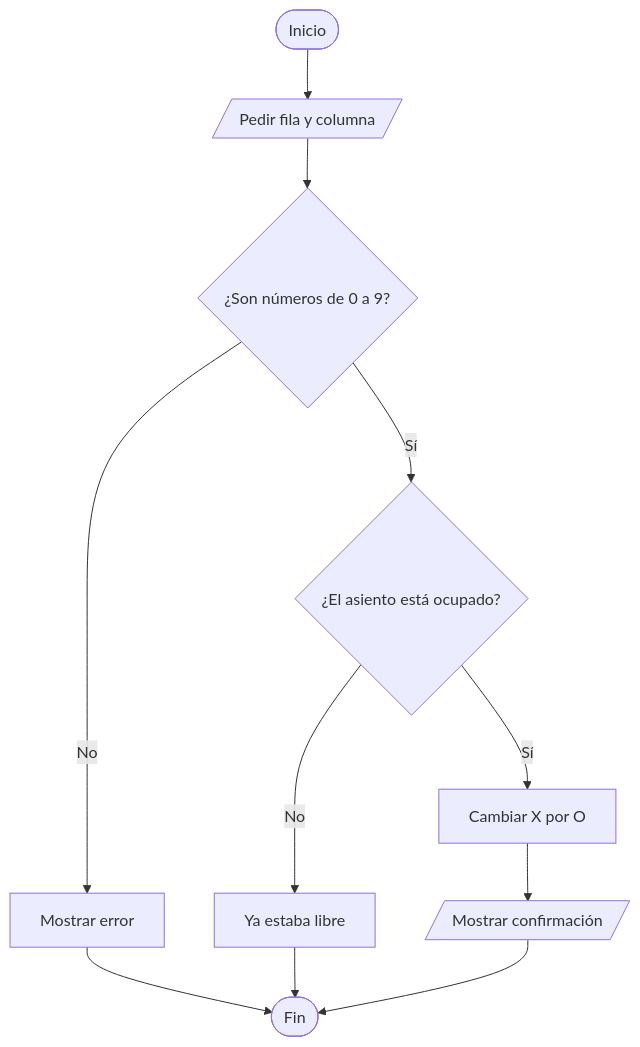
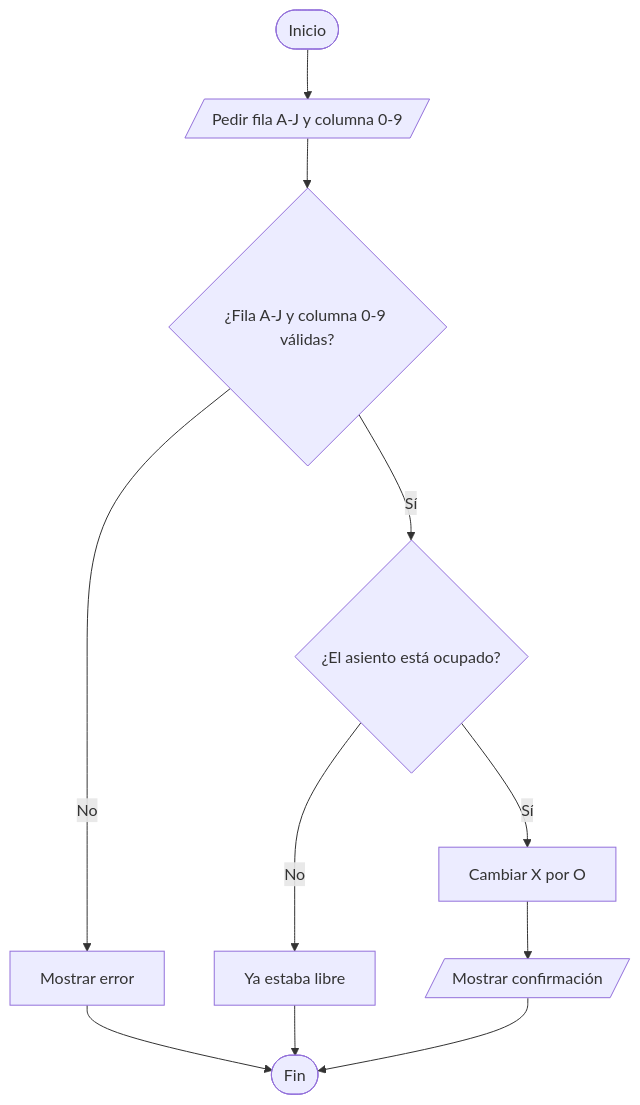
Before and after one commit to Roberto8322/Proyecto-Integrador-2-cine: the fourth of 6 diagrams in Documentacion/Dia-2-Diagramas-de-flujo.md, drawn with Mermaid. The commit also changed other lines of this file, not shown here.

Commit message:
Dia2: Diagramas de flujo actualizados

````diff
--- a/Documentacion/Dia-2-Diagramas-de-flujo.md
+++ b/Documentacion/Dia-2-Diagramas-de-flujo.md
@@ -54,13 +54,13 @@
 ```mermaid
 flowchart TD
-    A([Inicio]) --> B[/Pedir fila y columna/]
-    B --> C{"¿Son números de 0 a 9?"}
+    A([Inicio]) --> B[/Pedir fila A-J y columna 0-9/]
+    B --> C{"¿Fila A-J y columna 0-9 válidas?"}
     C -->|No| D[Mostrar error]
     D --> Z([Fin])
     C -->|Sí| E{"¿El asiento está ocupado?"}
     E -->|No| F[Ya estaba libre]
     F --> Z
     E -->|Sí| G[Cambiar X por O]
     G --> H[/Mostrar confirmación/]
     H --> Z
 ```
````
